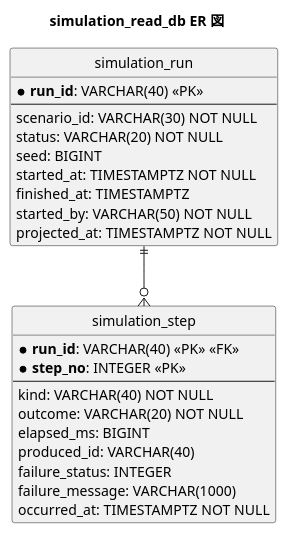
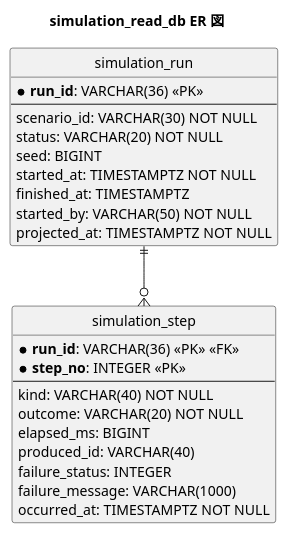
One commit to k2works/case-study-cargo-tracker changed the tenth of 11 diagrams in docs/design/cargo-tracker/data-model.md. Above: the diagram before and after it, drawn with PlantUML. The commit also changed 12 other files, not shown here.

````diff
--- a/docs/design/cargo-tracker/data-model.md
+++ b/docs/design/cargo-tracker/data-model.md
@@ -855,35 +855,35 @@
 ```plantuml
 @startuml
 title simulation_read_db ER 図
 
 hide circle
 skinparam linetype ortho
 
 entity "simulation_run" as run {
-  * **run_id**: VARCHAR(40) <<PK>>
+  * **run_id**: VARCHAR(36) <<PK>>
   --
   scenario_id: VARCHAR(30) NOT NULL
   status: VARCHAR(20) NOT NULL
   seed: BIGINT
   started_at: TIMESTAMPTZ NOT NULL
   finished_at: TIMESTAMPTZ
   started_by: VARCHAR(50) NOT NULL
   projected_at: TIMESTAMPTZ NOT NULL
 }
 
 entity "simulation_step" as step {
-  * **run_id**: VARCHAR(40) <<PK>> <<FK>>
+  * **run_id**: VARCHAR(36) <<PK>> <<FK>>
   * **step_no**: INTEGER <<PK>>
   --
   kind: VARCHAR(40) NOT NULL
   outcome: VARCHAR(20) NOT NULL
   elapsed_ms: BIGINT
   produced_id: VARCHAR(40)
   failure_status: INTEGER
   failure_message: VARCHAR(1000)
   occurred_at: TIMESTAMPTZ NOT NULL
 }
 
 run ||--o{ step
 @enduml
 ```
````
